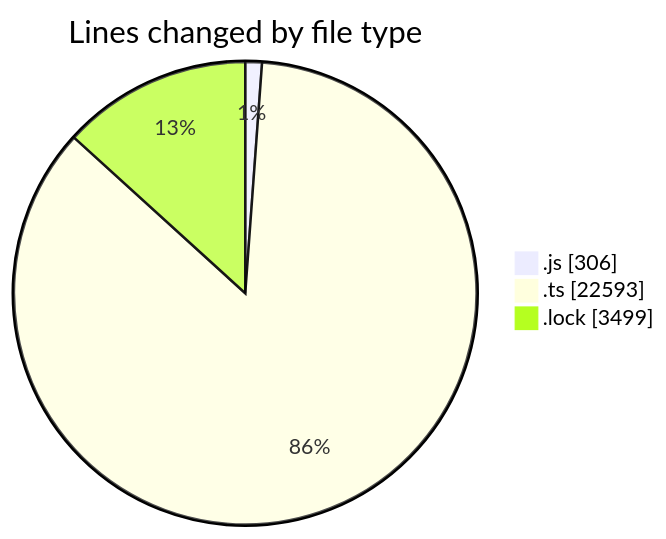
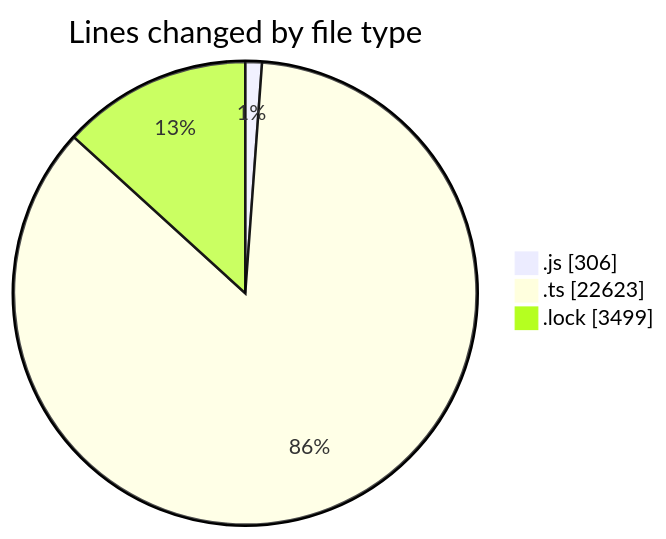
The first of 2 diagrams in 2025-05-27/cda/README.md (momahboobian/code-tracking), drawn with Mermaid before and after one commit. The commit also changed other lines of this file and 1 other file, not shown here.

````diff
--- a/2025-05-27/cda/README.md
+++ b/2025-05-27/cda/README.md
@@ -28,7 +28,7 @@
 ```mermaid
 pie showData
 title Lines changed by file type
 ".js" : 306
-".ts" : 22593
+".ts" : 22623
 ".lock" : 3499
 ```
````
